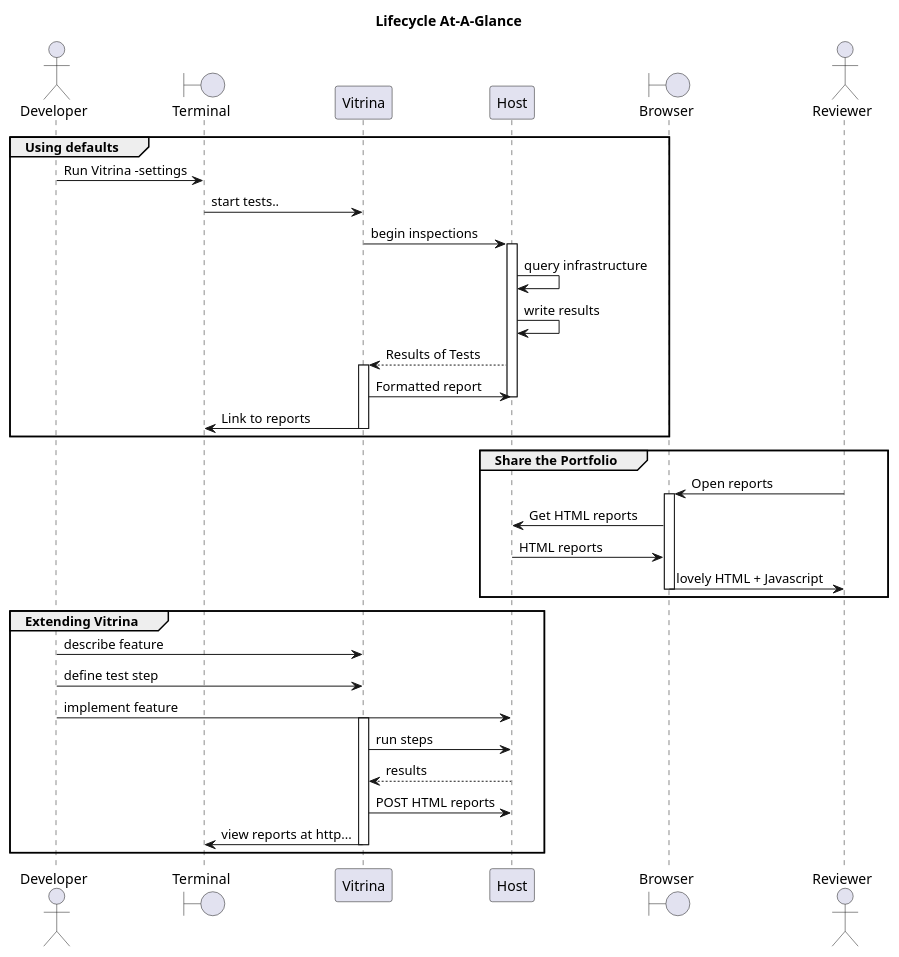
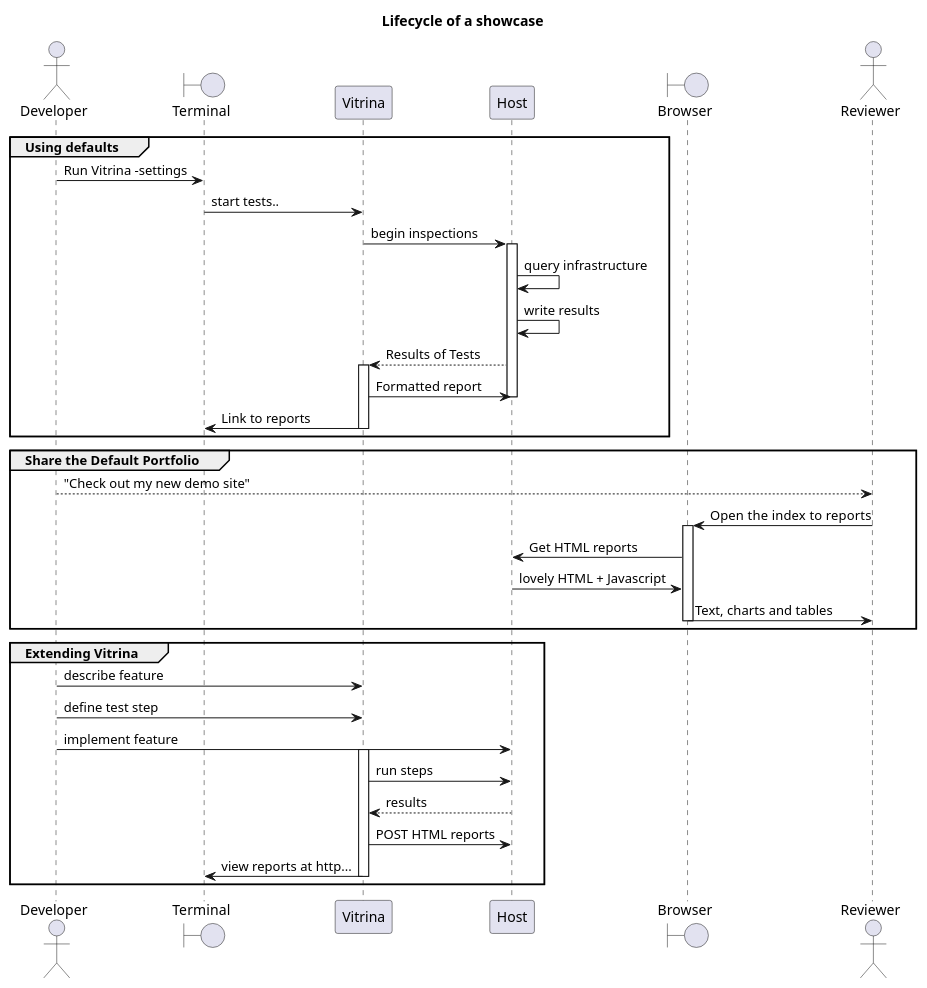
Before and after one commit to blaisep/vitrina-home: the diagram in docs/source/diagrams/seq_full_lifecycle.puml, drawn with PlantUML. The commit also changed 4 other files, not shown here.

Commit message:
Fix the diagrams and add a draft ADR.

```diff
--- a/docs/source/diagrams/seq_full_lifecycle.puml
+++ b/docs/source/diagrams/seq_full_lifecycle.puml
@@ -1,54 +1,55 @@
 @startuml
 ' !include https://raw.githubusercontent.com/bschwarz/puml-themes/master/themes/sketchy-outline/puml-theme-sketchy-outline.puml
-title "Lifecycle At-A-Glance"
+title "Lifecycle of a showcase"
 
 actor Developer
 boundary Terminal
 '----------------------
 
 group Using defaults
 Developer -> Terminal : Run Vitrina -settings
 Terminal -> Vitrina : start tests..
 Vitrina -> Host : begin inspections
     activate Host
     Host -> Host : query infrastructure
     Host -> Host : write results
     Host --> Vitrina : Results of Tests
 
     activate Vitrina
     Vitrina -> Host : Formatted report
     deactivate Host
 
     Vitrina -> Terminal : Link to reports
     deactivate Vitrina
 end group
 '----------------------
 
-group  Share the Portfolio
+group  Share the Default Portfolio
 boundary Browser
 actor Reviewer
-    Reviewer -> Browser : Open reports
+    Developer --> Reviewer : "Check out my new demo site"
+    Reviewer -> Browser : Open  the index to reports
     activate Browser
     Browser -> Host : Get HTML reports
-    Host -> Browser : HTML reports
-    Browser -> Reviewer : lovely HTML + Javascript
+    Host -> Browser :  lovely HTML + Javascript
+    Browser -> Reviewer : Text, charts and tables
     deactivate
 end group
 '----------------------
 
 group Extending Vitrina
 
 Developer -> Vitrina : describe feature
 Developer  ->  Vitrina : define test step
 Developer -> Host : implement feature
 
     activate Vitrina
     Vitrina -> Host : run steps
     Host --> Vitrina : results
     Vitrina -> Host : POST HTML reports
     Vitrina -> Terminal : view reports at http...
     deactivate Vitrina
 
 end group
 
 @enduml
```
